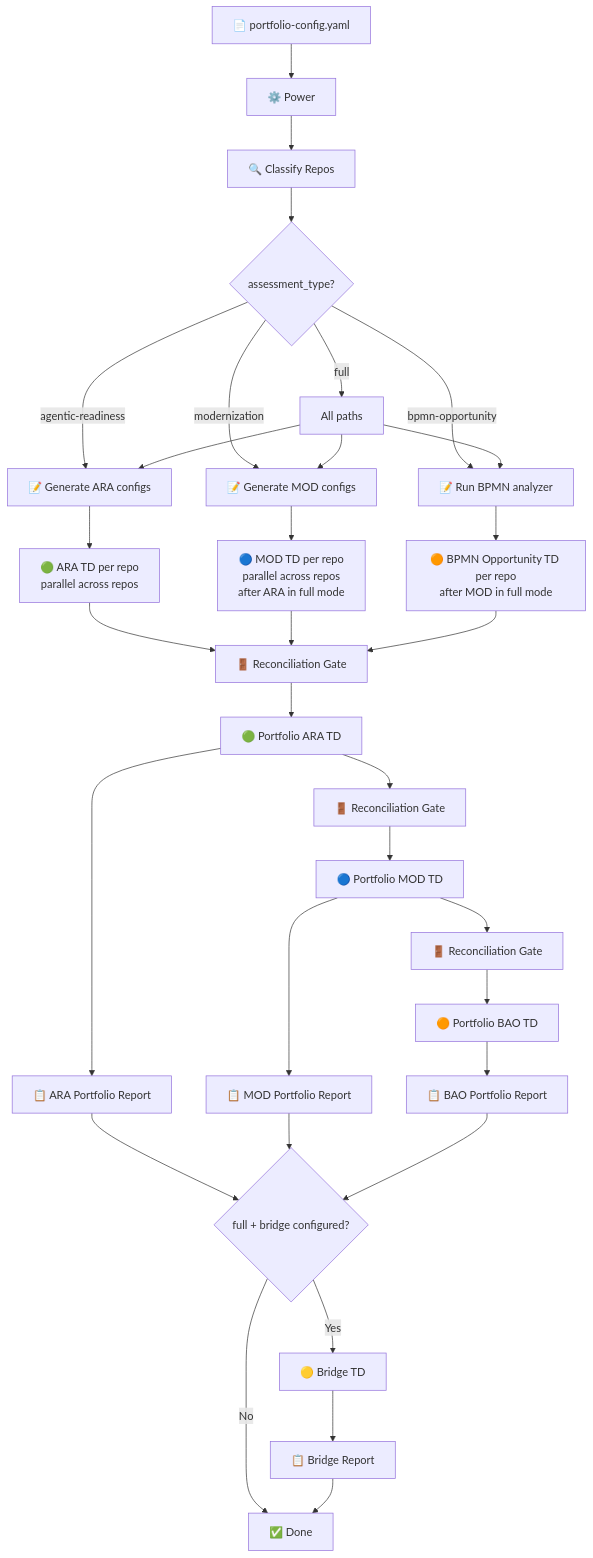
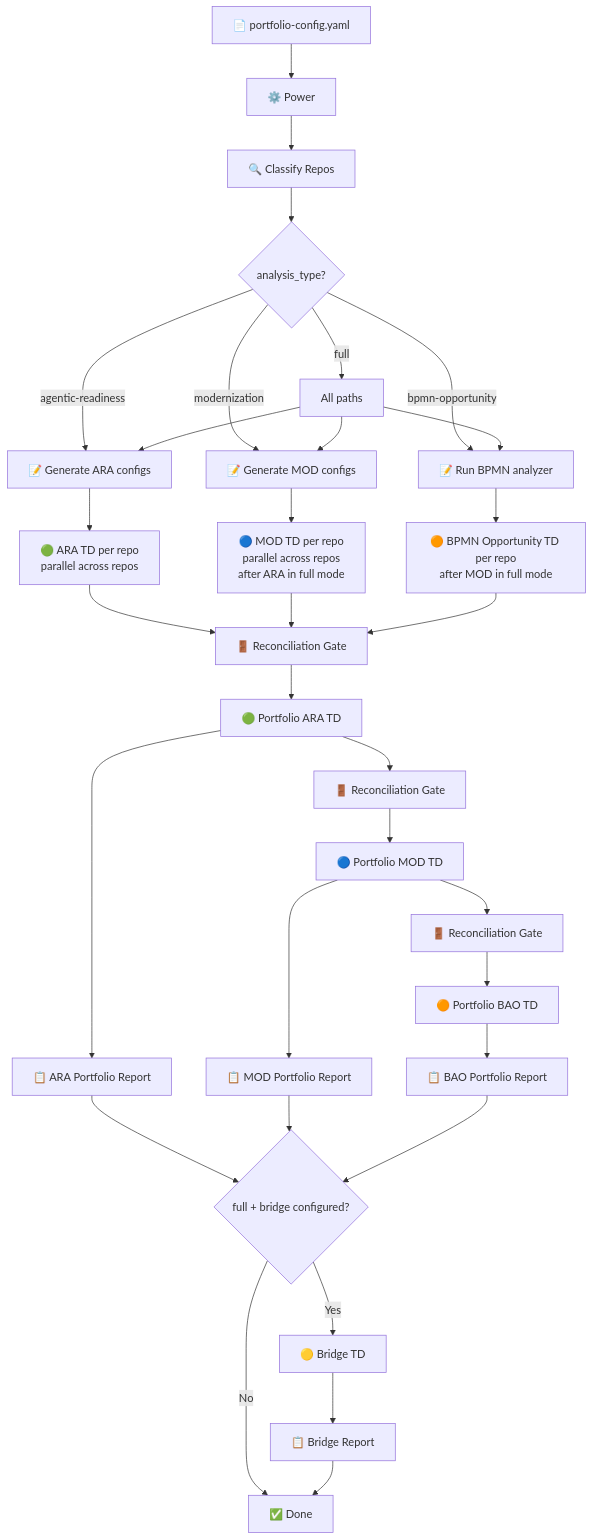
Before and after one commit to aws-samples/sample-agentic-readiness-analysis-orchestrator: the first of 4 diagrams in README.md, drawn with Mermaid. The commit also changed other lines of this file and 1079 other files, not shown here.

First line of the commit message:
refactor: complete assessment-to-analysis rename across all identifiers

````diff
--- a/README.md
+++ b/README.md
@@ -33,41 +33,41 @@
 ```mermaid
 flowchart TB
     CONFIG[📄 portfolio-config.yaml] --> POWER[⚙️ Power]
     
     POWER --> CLASSIFY[🔍 Classify Repos]
-    CLASSIFY --> ROUTE{assessment_type?}
+    CLASSIFY --> ROUTE{analysis_type?}
     
     ROUTE -->|agentic-readiness| A_GEN[📝 Generate ARA configs]
     ROUTE -->|modernization| M_GEN[📝 Generate MOD configs]
     ROUTE -->|bpmn-opportunity| B_GEN[📝 Run BPMN analyzer]
     ROUTE -->|full| ALL[All paths]
     ALL --> A_GEN
     ALL --> M_GEN
     ALL --> B_GEN
 
     A_GEN --> A_RUN[🟢 ARA TD per repo<br/>parallel across repos]
     M_GEN --> M_RUN[🔵 MOD TD per repo<br/>parallel across repos<br/>after ARA in full mode]
     B_GEN --> B_RUN[🟠 BPMN Opportunity TD per repo<br/>after MOD in full mode]
 
     A_RUN --> GATE1[🚪 Reconciliation Gate]
     M_RUN --> GATE1
     B_RUN --> GATE1
 
     GATE1 --> A_PORT[🟢 Portfolio ARA TD]
     A_PORT --> GATE2[🚪 Reconciliation Gate]
     GATE2 --> M_PORT[🔵 Portfolio MOD TD]
     M_PORT --> GATE3[🚪 Reconciliation Gate]
     GATE3 --> B_PORT[🟠 Portfolio BAO TD]
 
     A_PORT --> A_OUT[📋 ARA Portfolio Report]
     M_PORT --> M_OUT[📋 MOD Portfolio Report]
     B_PORT --> B_OUT[📋 BAO Portfolio Report]
 
     A_OUT --> BRIDGE{full + bridge configured?}
     M_OUT --> BRIDGE
     B_OUT --> BRIDGE
     BRIDGE -->|Yes| BRIDGE_TD[🟡 Bridge TD]
     BRIDGE_TD --> BRIDGE_OUT[📋 Bridge Report]
     BRIDGE -->|No| DONE[✅ Done]
     BRIDGE_OUT --> DONE
 ```
````
